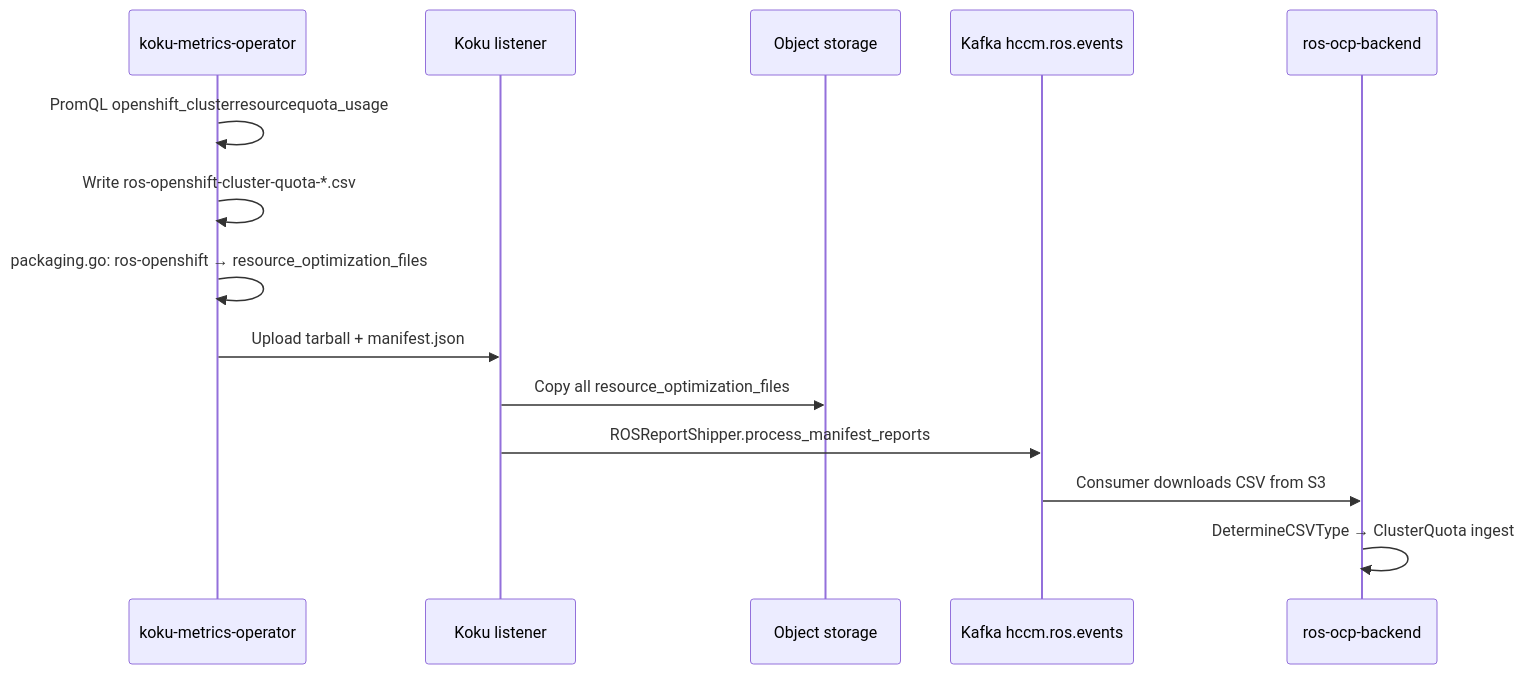
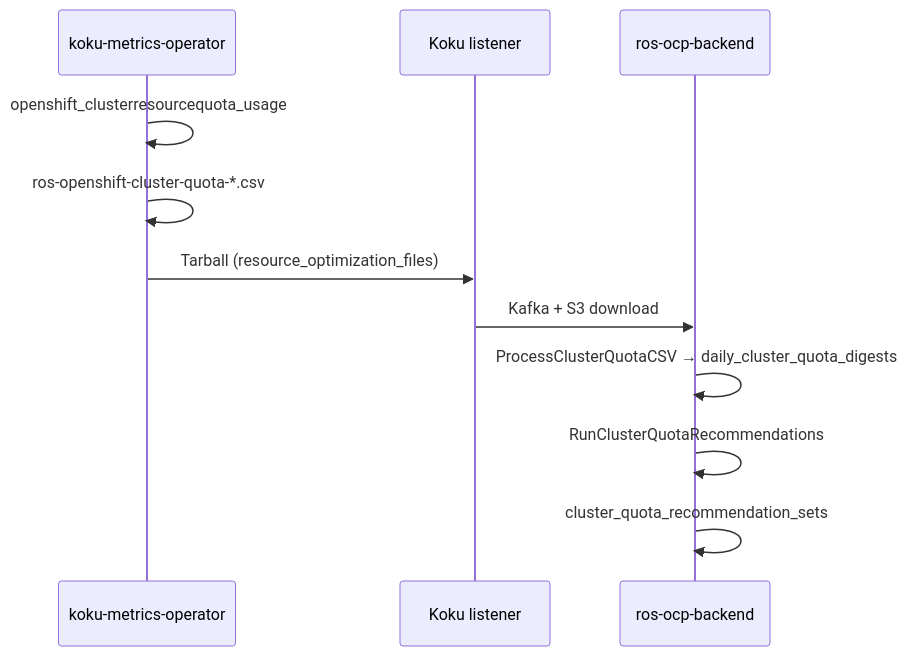
One commit to pgarciaq/ros-ocp-backend changed the diagram in docs/features/cluster-resource-quota.md. Above: the diagram before and after it, drawn with Mermaid. The commit also changed other lines of this file and 16 other files, not shown here.

First line of the commit message:
Update docs for implemented ClusterResourceQuota feature

````diff
--- a/docs/features/cluster-resource-quota.md
+++ b/docs/features/cluster-resource-quota.md
@@ -195,17 +46,14 @@
 ```mermaid
 sequenceDiagram
     participant Op as koku-metrics-operator
     participant Ing as Koku listener
-    participant S3 as Object storage
-    participant K as Kafka hccm.ros.events
     participant ROS as ros-ocp-backend
 
-    Op->>Op: PromQL openshift_clusterresourcequota_usage
-    Op->>Op: Write ros-openshift-cluster-quota-*.csv
-    Op->>Op: packaging.go: ros-openshift → resource_optimization_files
-    Op->>Ing: Upload tarball + manifest.json
-    Ing->>S3: Copy all resource_optimization_files
-    Ing->>K: ROSReportShipper.process_manifest_reports
-    K->>ROS: Consumer downloads CSV from S3
-    ROS->>ROS: DetermineCSVType → ClusterQuota ingest
+    Op->>Op: openshift_clusterresourcequota_usage
+    Op->>Op: ros-openshift-cluster-quota-*.csv
+    Op->>Ing: Tarball (resource_optimization_files)
+    Ing->>ROS: Kafka + S3 download
+    ROS->>ROS: ProcessClusterQuotaCSV → daily_cluster_quota_digests
+    ROS->>ROS: RunClusterQuotaRecommendations
+    ROS->>ROS: cluster_quota_recommendation_sets
 ```
````
